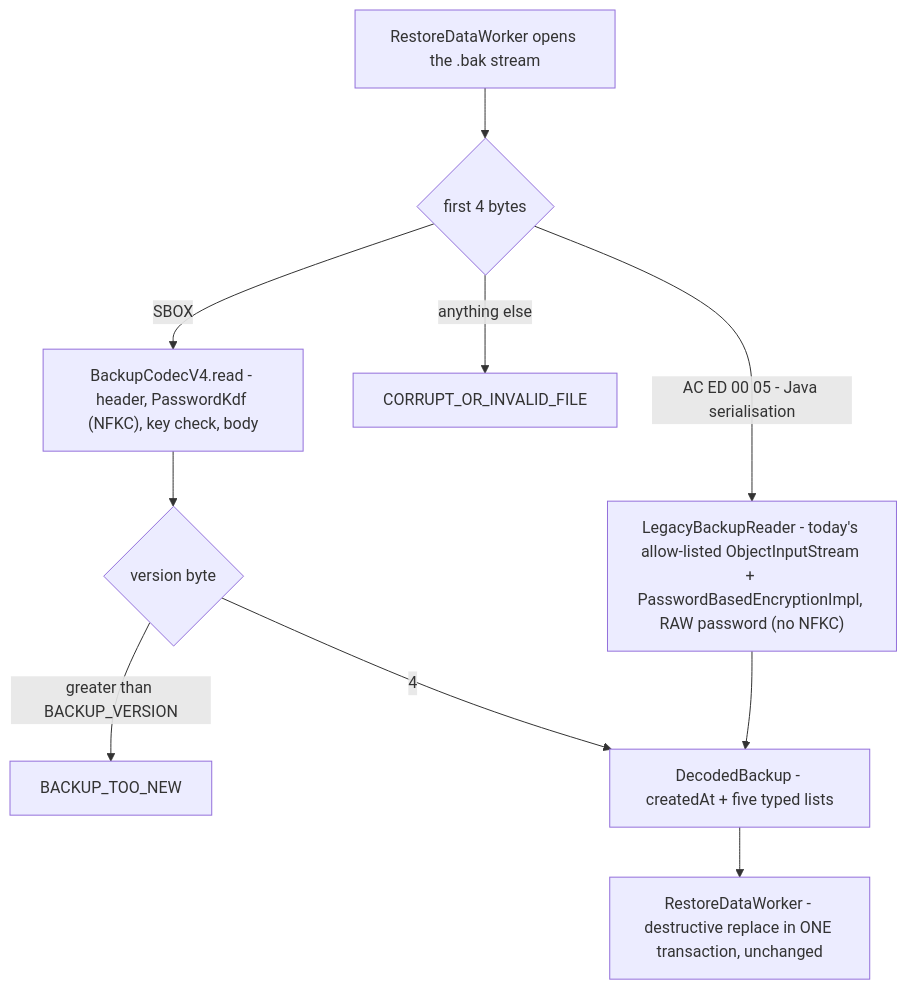
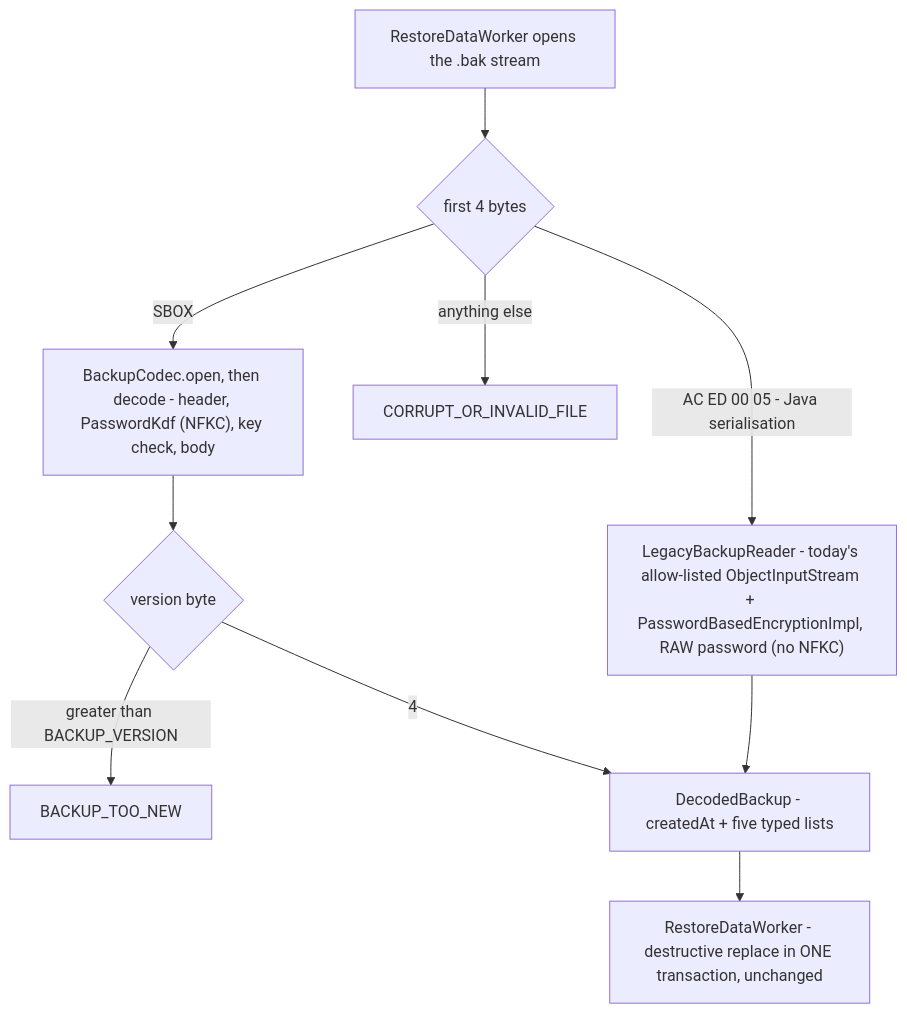
The third of 23 diagrams in docs/design/envelope-encryption.md (Ni3verma/Safe-Box), drawn with Mermaid before and after one commit. The commit also changed other lines of this file and 90 other files, not shown here.

````diff
--- a/docs/design/envelope-encryption.md
+++ b/docs/design/envelope-encryption.md
@@ -422,12 +424,12 @@
 ```mermaid
 flowchart TB
     F["RestoreDataWorker opens the .bak stream"] --> M{"first 4 bytes"}
-    M -->|"SBOX"| V4["BackupCodecV4.read - header, PasswordKdf (NFKC), key check, body"]
+    M -->|"SBOX"| V4["BackupCodec.open, then decode - header, PasswordKdf (NFKC), key check, body"]
     M -->|"AC ED 00 05 - Java serialisation"| L["LegacyBackupReader - today's allow-listed ObjectInputStream + PasswordBasedEncryptionImpl, RAW password (no NFKC)"]
     M -->|"anything else"| ERR["CORRUPT_OR_INVALID_FILE"]
     V4 --> VER{"version byte"}
     VER -->|"greater than BACKUP_VERSION"| TOO["BACKUP_TOO_NEW"]
     VER -->|"4"| D["DecodedBackup - createdAt + five typed lists"]
     L --> D
     D --> W["RestoreDataWorker - destructive replace in ONE transaction, unchanged"]
 ```
````
